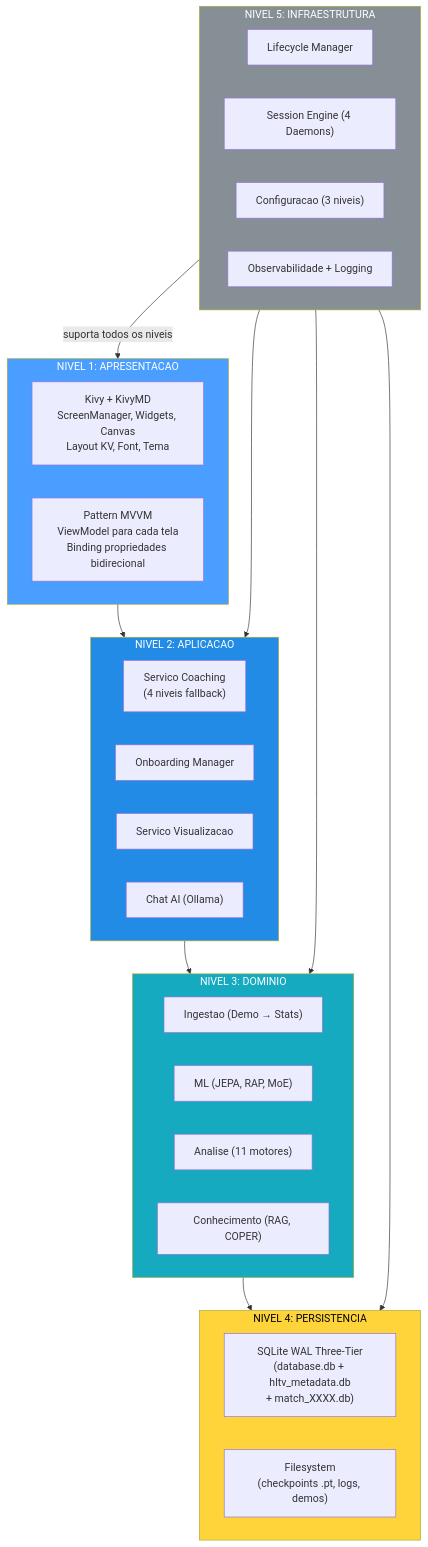
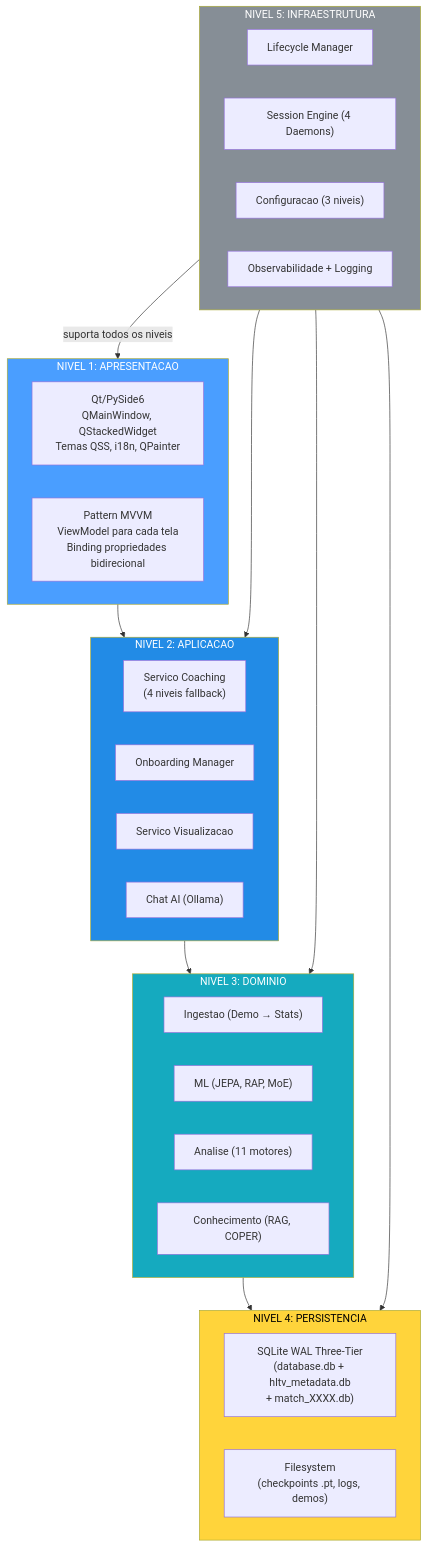
Before and after one commit to renanaugustomacena-ux/Counter-Strike-coach-AI: diagram 50 of 53 in docs/books/Book-Coach-3-pt.md, drawn with Mermaid. The commit also changed other lines of this file and 2 other files, not shown here.

First line of the commit message:
docs: update Book-Coach-3 trilogy — remove Kivy, fix screen/test counts

````diff
--- a/docs/books/Book-Coach-3-pt.md
+++ b/docs/books/Book-Coach-3-pt.md
@@ -2798,43 +2725,43 @@
 ```mermaid
 flowchart TB
     subgraph L1["NIVEL 1: APRESENTACAO"]
-        KIVY["Kivy + KivyMD<br/>ScreenManager, Widgets, Canvas<br/>Layout KV, Font, Tema"]
+        QT["Qt/PySide6<br/>QMainWindow, QStackedWidget<br/>Temas QSS, i18n, QPainter"]
         MVVM["Pattern MVVM<br/>ViewModel para cada tela<br/>Binding propriedades bidirecional"]
     end
     subgraph L2["NIVEL 2: APLICACAO"]
         COACHING["Servico Coaching<br/>(4 niveis fallback)"]
         ONBOARD["Onboarding Manager"]
         VIS["Servico Visualizacao"]
         CHAT["Chat AI (Ollama)"]
     end
     subgraph L3["NIVEL 3: DOMINIO"]
         INGEST["Ingestao (Demo → Stats)"]
         ML["ML (JEPA, RAP, MoE)"]
         ANALYSIS["Analise (11 motores)"]
         KNOWLEDGE["Conhecimento (RAG, COPER)"]
     end
     subgraph L4["NIVEL 4: PERSISTENCIA"]
         SQLITE["SQLite WAL Three-Tier<br/>(database.db + hltv_metadata.db<br/>+ match_XXXX.db)"]
         FILES["Filesystem<br/>(checkpoints .pt, logs, demos)"]
     end
     subgraph L5["NIVEL 5: INFRAESTRUTURA"]
         LIFECYCLE["Lifecycle Manager"]
         SESSION["Session Engine (4 Daemons)"]
         CONFIG["Configuracao (3 niveis)"]
         LOGGING["Observabilidade + Logging"]
     end
 
     L1 --> L2
     L2 --> L3
     L3 --> L4
     L5 -->|"suporta todos os niveis"| L1
     L5 --> L2
     L5 --> L3
     L5 --> L4
 
     style L1 fill:#4a9eff,color:#fff
     style L2 fill:#228be6,color:#fff
     style L3 fill:#15aabf,color:#fff
     style L4 fill:#ffd43b,color:#000
     style L5 fill:#868e96,color:#fff
 ```
````
